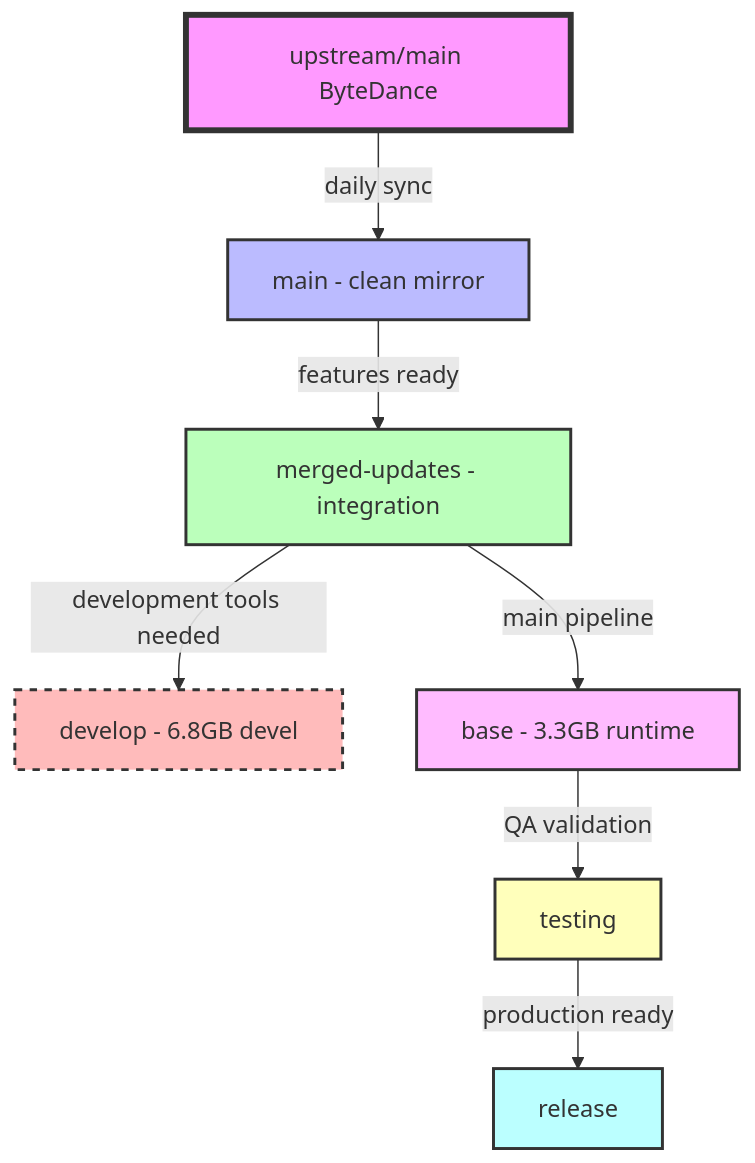
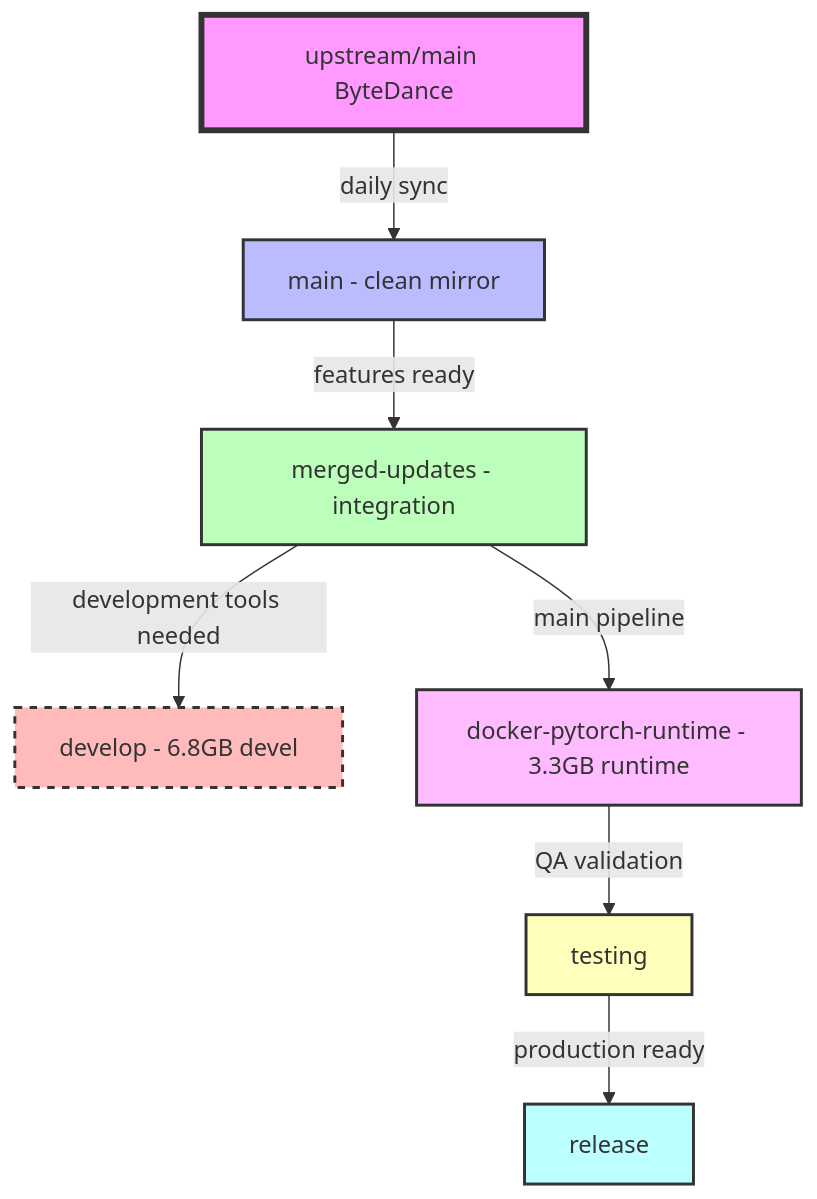
One commit to ShadNygren/Protenix changed the diagram in BRANCHES.md. Above: the diagram before and after it, drawn with Mermaid. The commit also changed other lines of this file and 1 other file, not shown here.

First line of the commit message:
Update documentation: rename base branch to docker-pytorch-runtime

````diff
--- a/BRANCHES.md
+++ b/BRANCHES.md
@@ -5,19 +5,19 @@
 ```mermaid
 graph TD
     UM[upstream/main ByteDance] -->|daily sync| M[main - clean mirror]
     M -->|features ready| MERGE[merged-updates - integration]
     
     MERGE -->|development tools needed| DEV[develop - 6.8GB devel]
-    MERGE -->|main pipeline| BASE[base - 3.3GB runtime]
+    MERGE -->|main pipeline| BASE[docker-pytorch-runtime - 3.3GB runtime]
     
     BASE -->|QA validation| TEST[testing]
     TEST -->|production ready| REL[release]
     
     style UM fill:#f9f,stroke:#333,stroke-width:4px
     style M fill:#bbf,stroke:#333,stroke-width:2px
     style MERGE fill:#bfb,stroke:#333,stroke-width:2px
     style DEV fill:#fbb,stroke:#333,stroke-width:2px,stroke-dasharray: 5 5
     style BASE fill:#fbf,stroke:#333,stroke-width:2px
     style TEST fill:#ffb,stroke:#333,stroke-width:2px
     style REL fill:#bff,stroke:#333,stroke-width:2px
 ```
````
